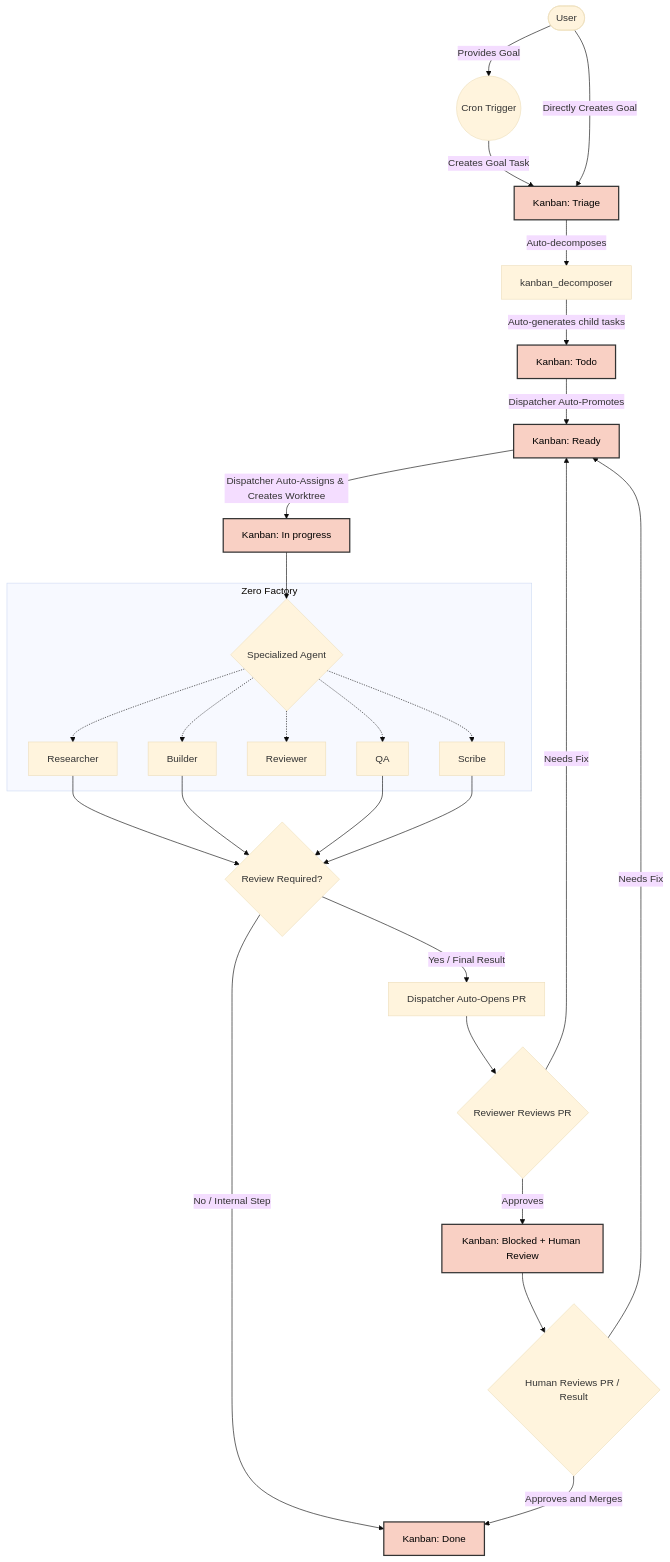
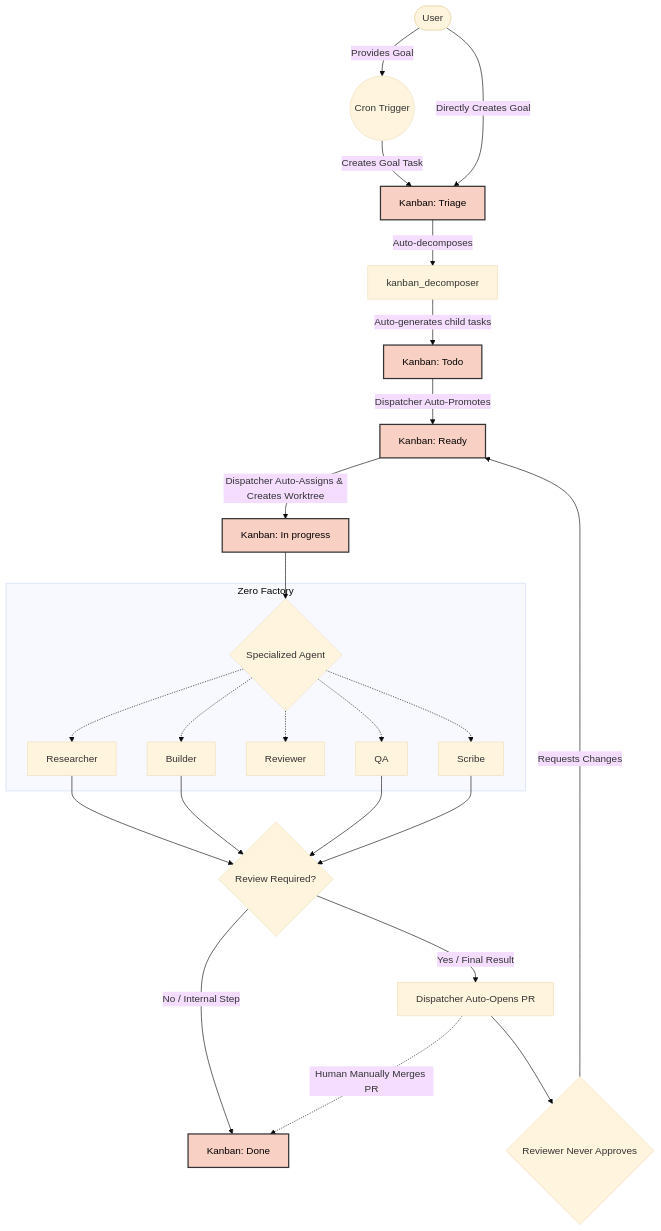
Before and after one commit to hotcode-dev/zerofactory: the diagram in README.md, drawn with Mermaid (base theme). The commit also changed other lines of this file and 3 other files, not shown here.

````diff
--- a/README.md
+++ b/README.md
@@ -37,44 +37,41 @@
 ```mermaid
 graph TD
     classDef kanban fill:#f9d0c4,stroke:#333,stroke-width:2px,color:#000;
     
     User([User]) -->|Provides Goal| Cron((Cron Trigger))
     Cron -->|Creates Goal Task| Triage[Kanban: Triage]:::kanban
     
     User -->|Directly Creates Goal| Triage
     
     Triage -->|Auto-decomposes| Decomposer[kanban_decomposer]
     Decomposer -->|Auto-generates child tasks| Todo[Kanban: Todo]:::kanban
     
     Todo -->|Dispatcher Auto-Promotes| Ready[Kanban: Ready]:::kanban
     
     Ready -->|Dispatcher Auto-Assigns & Creates Worktree| InProgress[Kanban: In progress]:::kanban
     
     InProgress --> AgentWork{Specialized Agent}
     
     subgraph Zero Factory
         AgentWork -.-> Researcher
         AgentWork -.-> Builder
         AgentWork -.-> Reviewer
         AgentWork -.-> QA
         AgentWork -.-> Scribe
     end
     
     Researcher --> TaskComplete
     Builder --> TaskComplete
     QA --> TaskComplete
     Scribe --> TaskComplete
     
     TaskComplete{Review Required?}
     TaskComplete -->|No / Internal Step| Done[Kanban: Done]:::kanban
     
     TaskComplete -->|Yes / Final Result| PR[Dispatcher Auto-Opens PR]
     
-    PR --> ReviewerReview{Reviewer Reviews PR}
-    ReviewerReview -->|Needs Fix| Ready
-    ReviewerReview -->|Approves| Blocked[Kanban: Blocked + Human Review]:::kanban
+    PR --> ReviewerLoop{Reviewer Never Approves}
+    ReviewerLoop -->|Requests Changes| Ready
     
-    Blocked --> HumanResultReview{Human Reviews PR / Result}
-    HumanResultReview -->|Needs Fix| Ready
-    HumanResultReview -->|Approves and Merges| Done
+    PR -.->|Human Manually Merges PR| Done
 ```
````
